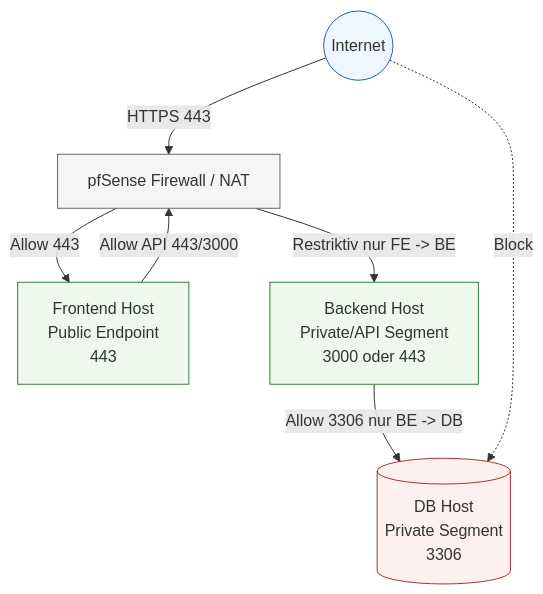
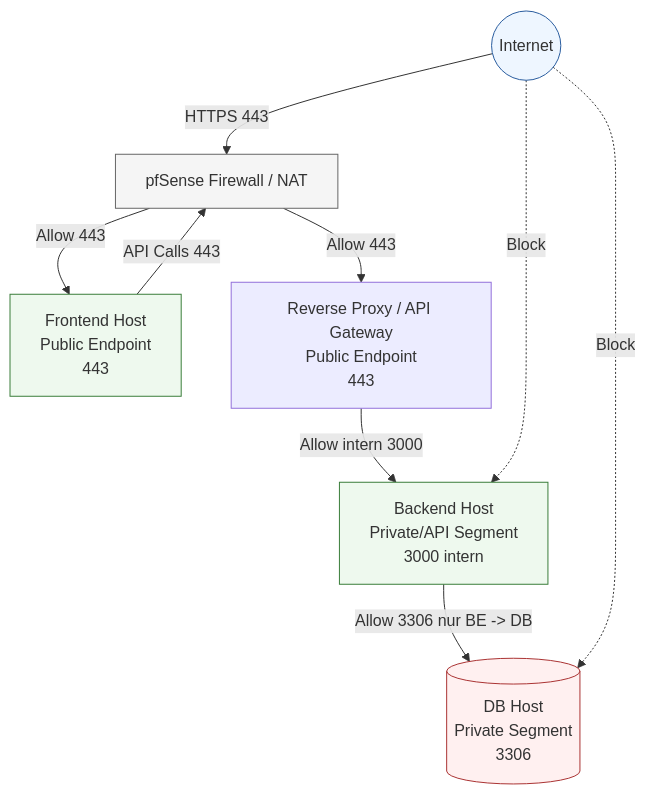
One commit to githubUser3454321/WEB_II-WebEngineering_II changed the diagram in Sprint_5-7/Analyse/Architektur/Netzwerk_Plan.md. Above: the diagram before and after it, drawn with Mermaid. The commit also changed other lines of this file and 7 other files, not shown here.

````diff
--- a/Sprint_5-7/Analyse/Architektur/Netzwerk_Plan.md
+++ b/Sprint_5-7/Analyse/Architektur/Netzwerk_Plan.md
@@ -9,26 +9,29 @@
 ```mermaid
 flowchart TB
     Internet((Internet))
     PFS[pfSense Firewall / NAT]
     FE[Frontend Host\nPublic Endpoint\n443]
-    BE[Backend Host\nPrivate/API Segment\n3000 oder 443]
+    RP[Reverse Proxy / API Gateway\nPublic Endpoint\n443]
+    BE[Backend Host\nPrivate/API Segment\n3000 intern]
     DB[(DB Host\nPrivate Segment\n3306)]
 
     Internet -->|HTTPS 443| PFS
     PFS -->|Allow 443| FE
-    FE -->|Allow API 443/3000| PFS
-    PFS -->|Restriktiv nur FE -> BE| BE
+    FE -->|API Calls 443| PFS
+    PFS -->|Allow 443| RP
+    RP -->|Allow intern 3000| BE
     BE -->|Allow 3306 nur BE -> DB| DB
 
     Internet -. Block .-> DB
+    Internet -. Block .-> BE
 
     classDef edge fill:#eef6ff,stroke:#2a5d9f,stroke-width:1px;
     classDef core fill:#f5f5f5,stroke:#666,stroke-width:1px;
     classDef private fill:#eef9ee,stroke:#3a7d3a,stroke-width:1px;
     classDef denied fill:#fff0f0,stroke:#a33,stroke-width:1px;
 
     class Internet edge;
     class PFS core;
     class FE,BE private;
     class DB denied;
 ```
````
